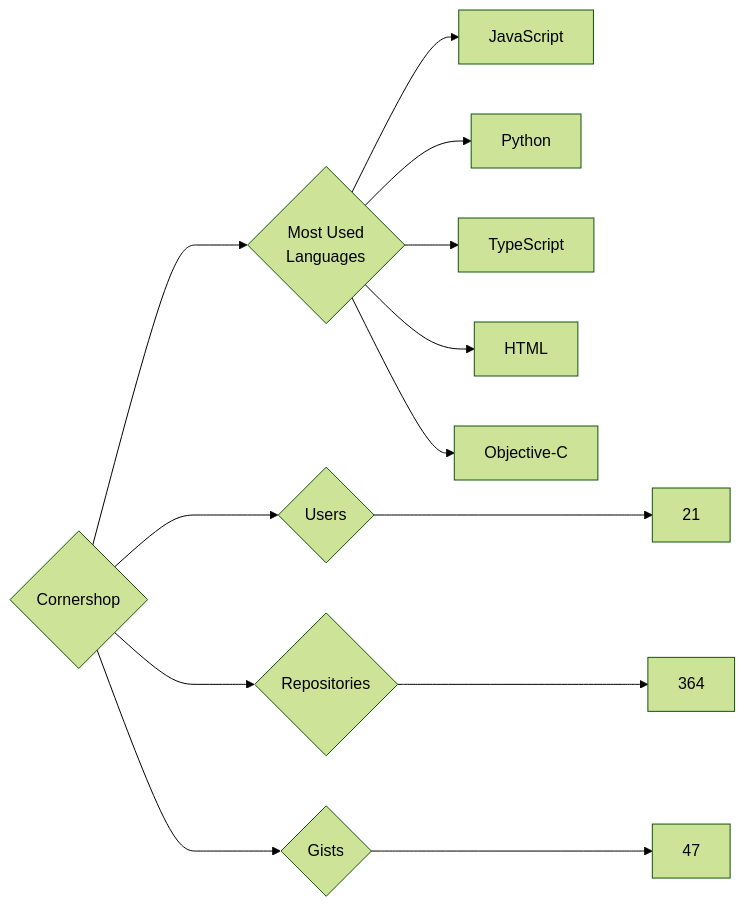
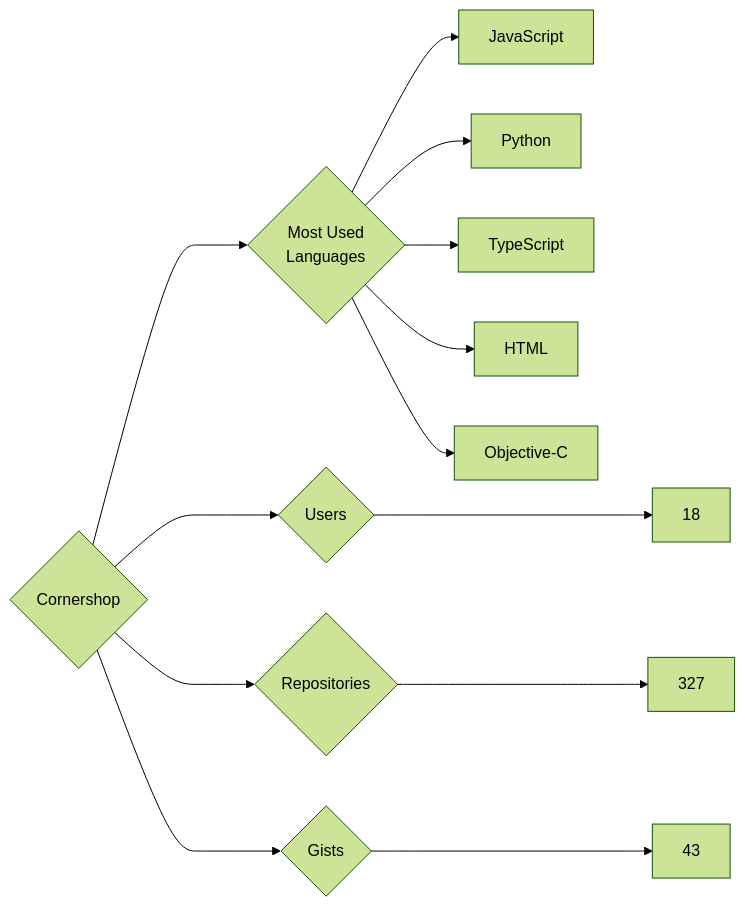
One commit to trickest/insiders changed the diagram in targets/Cornershop/README.md. Above: the diagram before and after it, drawn with Mermaid (forest theme). The commit also changed 1195 other files, not shown here.

````diff
--- a/targets/Cornershop/README.md
+++ b/targets/Cornershop/README.md
@@ -3,13 +3,13 @@
 ```mermaid
 graph LR
 COMPANY_NAME{Cornershop}
-COMPANY_NAME ---> U{Users} ---> UN[21]
-COMPANY_NAME ---> R{Repositories} ---> RN[364]
-COMPANY_NAME ---> G{Gists} ---> GN[47]
+COMPANY_NAME ---> U{Users} ---> UN[18]
+COMPANY_NAME ---> R{Repositories} ---> RN[327]
+COMPANY_NAME ---> G{Gists} ---> GN[43]
 COMPANY_NAME ---> ML{Most Used<br>Languages}
 ML --> JavaScript[JavaScript]
 ML --> Python[Python]
 ML --> TypeScript[TypeScript]
 ML --> HTML[HTML]
 ML --> Objective-C[Objective-C]
 ```
````
